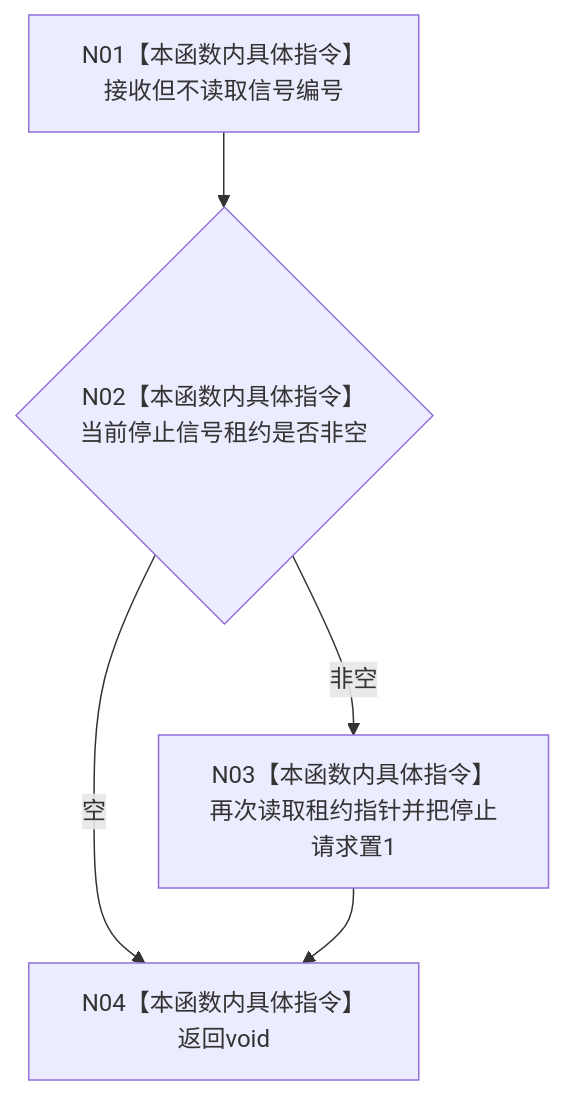
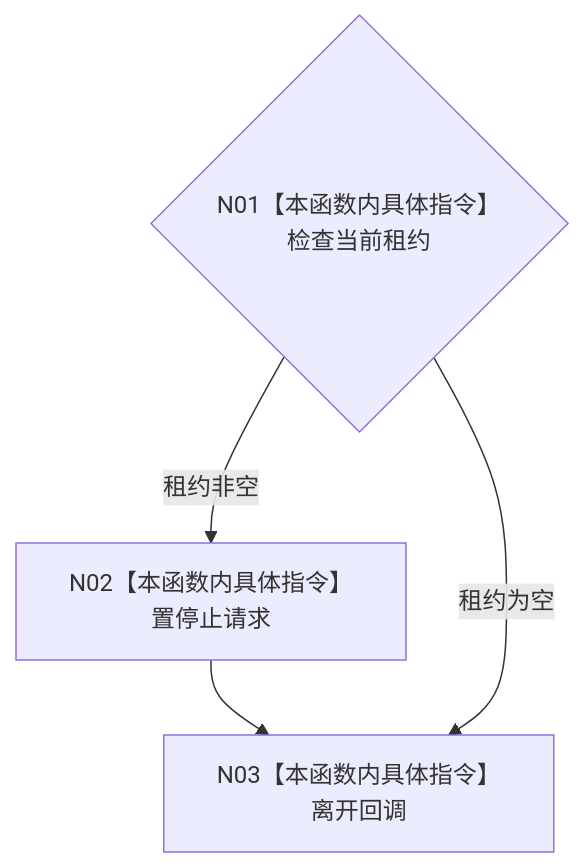
Before and after one commit to chunhaizh-cyber/HY-Ego: the diagram in 流程图/代码流程图/L4/CF-L4-0022_接收程序停止信号_现状流程图.md, drawn with Mermaid. The commit also changed other lines of this file and 144 other files, not shown here.

First line of the commit message:
知识: 清理过期规范与旧设计、刷新流程图与计划、新增I64等价消费设计与L2需求合同

````diff
--- a/流程图/代码流程图/L4/CF-L4-0022_接收程序停止信号_现状流程图.md
+++ b/流程图/代码流程图/L4/CF-L4-0022_接收程序停止信号_现状流程图.md
@@ -15,10 +20,8 @@
 ```mermaid
 flowchart TD
-    N01["N01【本函数内具体指令】接收但不读取信号编号"]
-    N02{"N02【本函数内具体指令】当前停止信号租约是否非空"}
-    N03["N03【本函数内具体指令】再次读取租约指针并把停止请求置1"]
-    N04["N04【本函数内具体指令】返回void"]
-    N01 --> N02
-    N02 -- "空" --> N04
-    N02 -- "非空" --> N03 --> N04
+    N01{"N01【本函数内具体指令】检查当前租约"}
+    N02["N02【本函数内具体指令】置停止请求"]
+    N03["N03【本函数内具体指令】离开回调"]
+    N01 -- "租约非空" --> N02 --> N03
+    N01 -- "租约为空" --> N03
 ```
````
